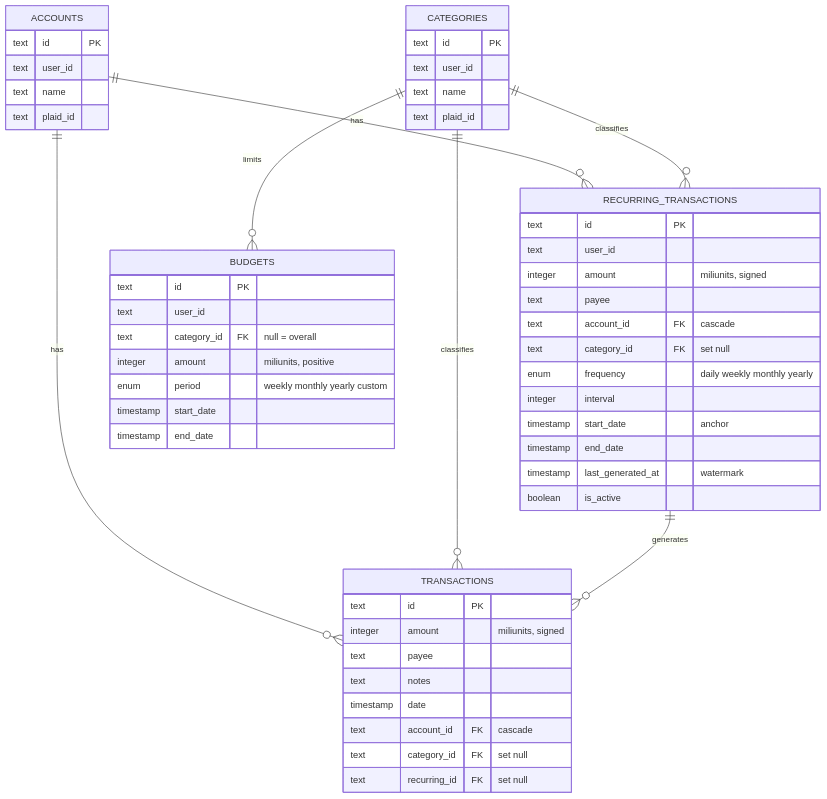
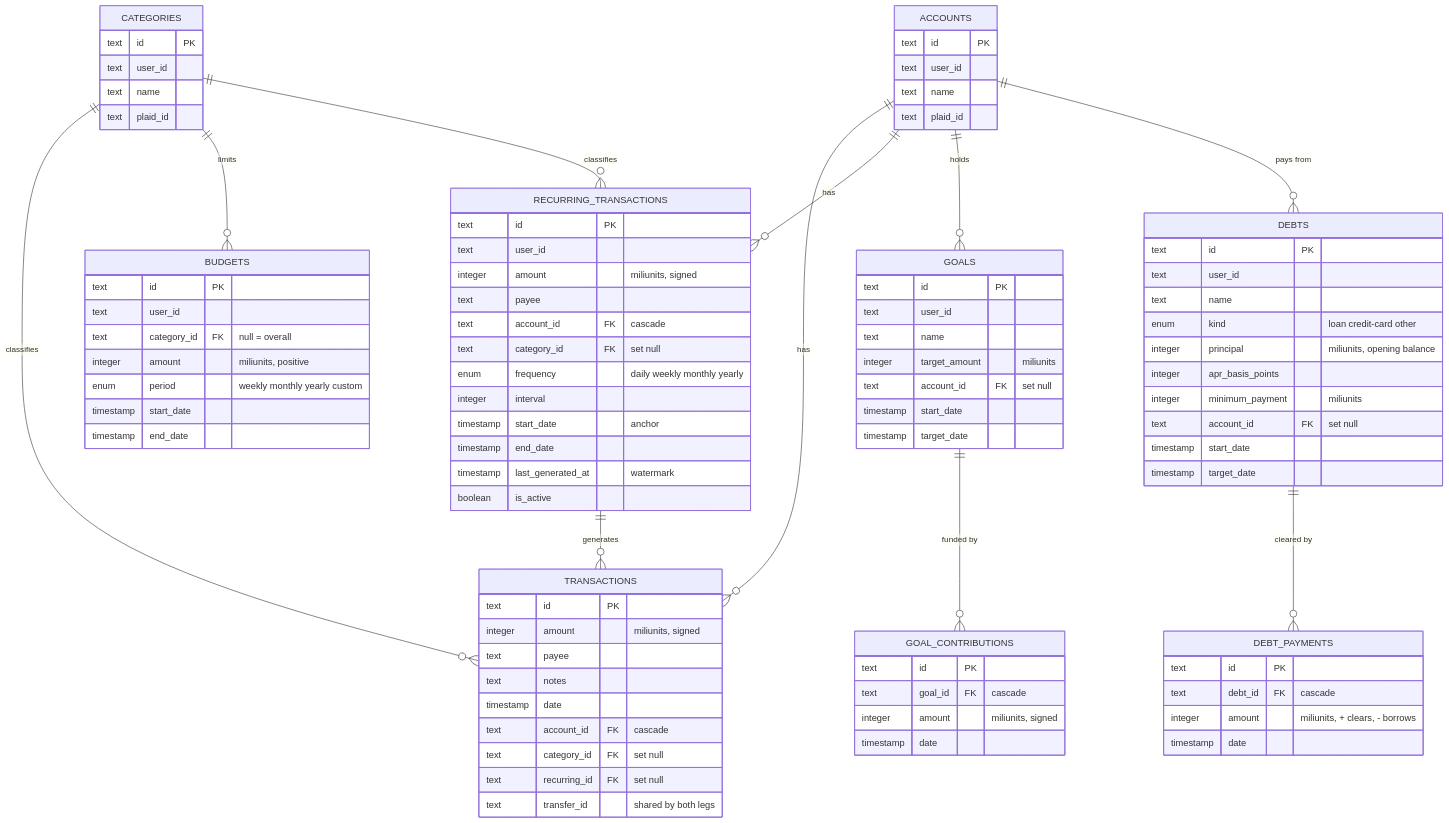
The second of 4 diagrams in README.md (rizonkumar/Finance-SaaS-Platform), drawn with Mermaid before and after one commit. The commit also changed other lines of this file and 61 other files, not shown here.

````diff
--- a/README.md
+++ b/README.md
@@ -90,6 +94,10 @@
     CATEGORIES ||--o{ BUDGETS : "limits"
     CATEGORIES ||--o{ RECURRING_TRANSACTIONS : "classifies"
     RECURRING_TRANSACTIONS ||--o{ TRANSACTIONS : "generates"
+    ACCOUNTS ||--o{ GOALS : "holds"
+    GOALS ||--o{ GOAL_CONTRIBUTIONS : "funded by"
+    ACCOUNTS ||--o{ DEBTS : "pays from"
+    DEBTS ||--o{ DEBT_PAYMENTS : "cleared by"
 
     ACCOUNTS {
         text id PK
@@ -112,6 +120,7 @@
         text account_id FK "cascade"
         text category_id FK "set null"
         text recurring_id FK "set null"
+        text transfer_id "shared by both legs"
     }
     BUDGETS {
         text id PK
@@ -136,4 +145,37 @@
         timestamp last_generated_at "watermark"
         boolean is_active
     }
+    GOALS {
+        text id PK
+        text user_id
+        text name
+        integer target_amount "miliunits"
+        text account_id FK "set null"
+        timestamp start_date
+        timestamp target_date
+    }
+    GOAL_CONTRIBUTIONS {
+        text id PK
+        text goal_id FK "cascade"
+        integer amount "miliunits, signed"
+        timestamp date
+    }
+    DEBTS {
+        text id PK
+        text user_id
+        text name
+        enum kind "loan credit-card other"
+        integer principal "miliunits, opening balance"
+        integer apr_basis_points
+        integer minimum_payment "miliunits"
+        text account_id FK "set null"
+        timestamp start_date
+        timestamp target_date
+    }
+    DEBT_PAYMENTS {
+        text id PK
+        text debt_id FK "cascade"
+        integer amount "miliunits, + clears, - borrows"
+        timestamp date
+    }
 ```
````
